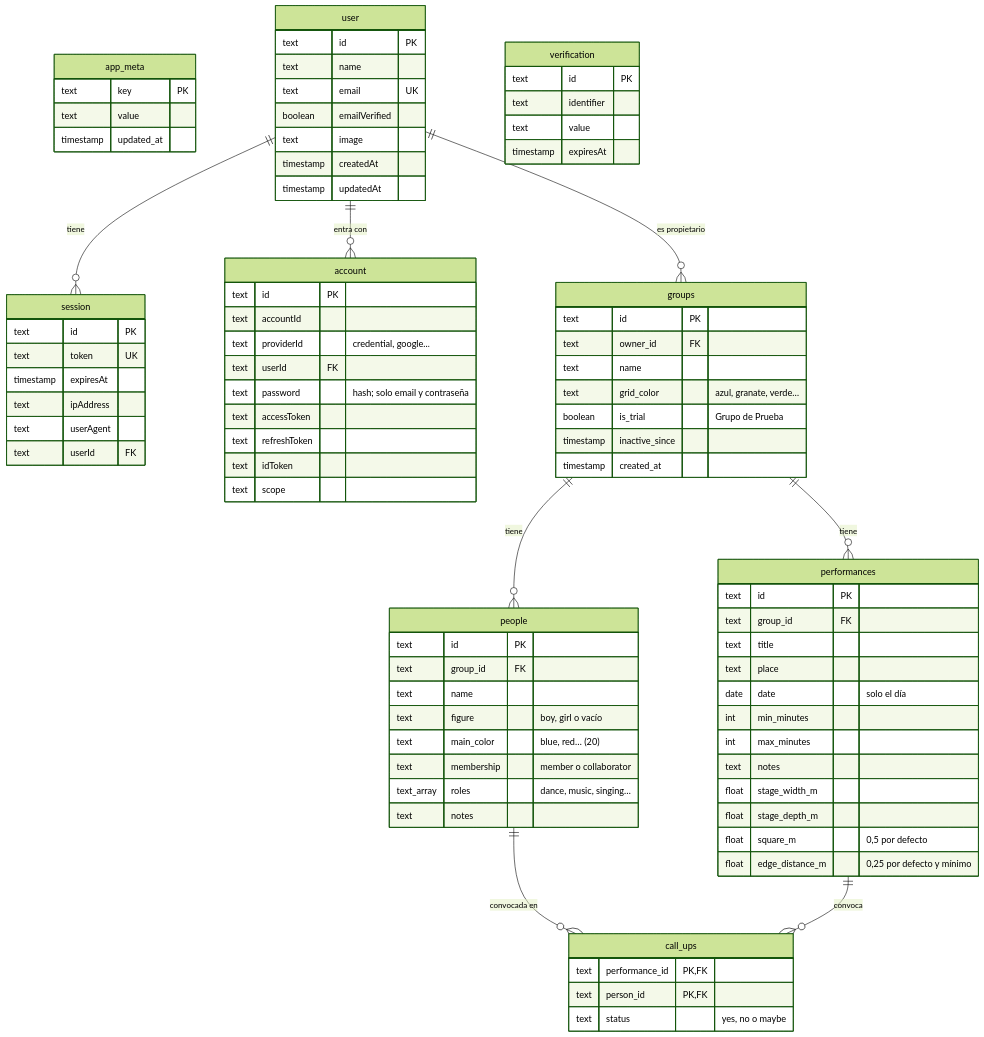
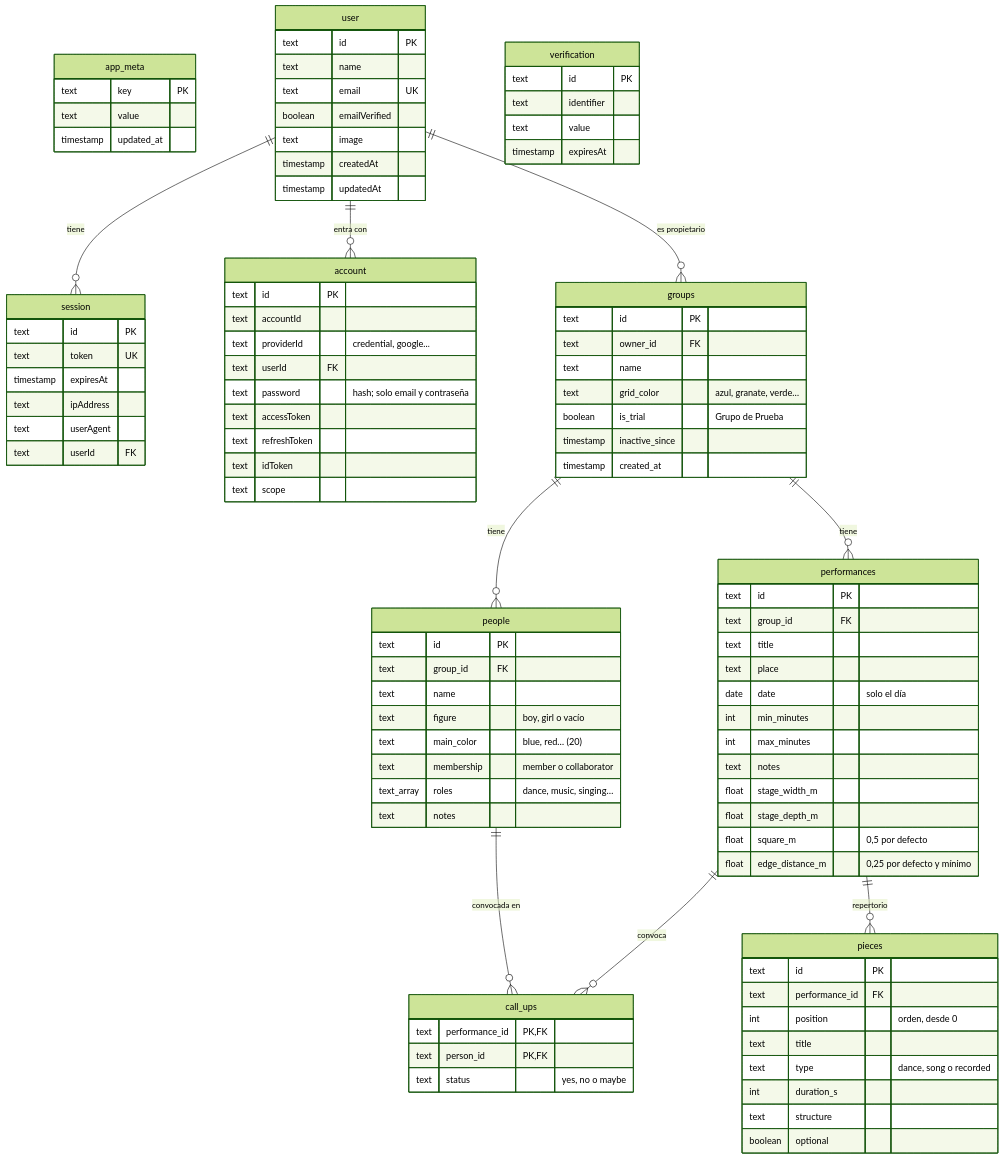
The first of 2 diagrams in documentation/database.md (juananmgz/cuadrocorrocalle), drawn with Mermaid (forest theme) before and after one commit. The commit also changed other lines of this file and 28 other files, not shown here.

```diff
--- a/documentation/database.md
+++ b/documentation/database.md
@@ -98,6 +99,17 @@
     text person_id PK,FK
     text status "yes, no o maybe"
   }
+  performances ||--o{ pieces : "repertorio"
+  pieces {
+    text id PK
+    text performance_id FK
+    int position "orden, desde 0"
+    text title
+    text type "dance, song o recorded"
+    int duration_s
+    text structure
+    boolean optional
+  }
   verification {
     text id PK
     text identifier
```
